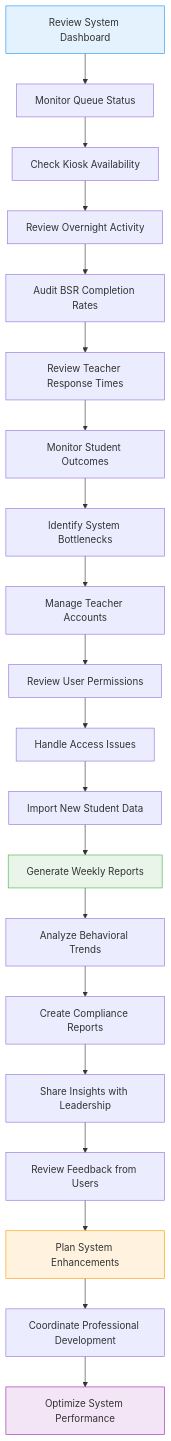
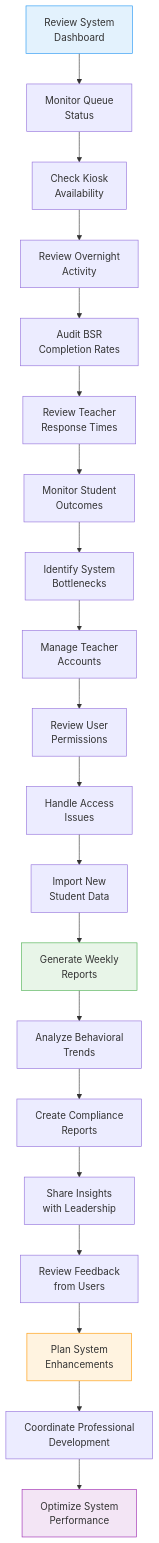
One commit to Splurfa/bx-os changed the first of 6 diagrams in docs/flowcharts/User-Journeys/13-admin-oversight-journey.md. Above: the diagram before and after it, drawn with Mermaid. The commit also changed other lines of this file and 11 other files, not shown here.

Commit message:
Fix flowchart text wrapping

````diff
--- a/docs/flowcharts/User-Journeys/13-admin-oversight-journey.md
+++ b/docs/flowcharts/User-Journeys/13-admin-oversight-journey.md
@@ -7,27 +7,27 @@
 ```mermaid
 flowchart TD
-    A[Review System Dashboard] --> B[Monitor Queue Status]
-    B --> C[Check Kiosk Availability]
-    C --> D[Review Overnight Activity]
-    D --> E[Audit BSR Completion Rates]
-    E --> F[Review Teacher Response Times]
-    F --> G[Monitor Student Outcomes]
-    G --> H[Identify System Bottlenecks]
-    H --> I[Manage Teacher Accounts]
-    I --> J[Review User Permissions]
-    J --> K[Handle Access Issues]
-    K --> L[Import New Student Data]
-    L --> M[Generate Weekly Reports]
-    M --> N[Analyze Behavioral Trends]
-    N --> O[Create Compliance Reports]
-    O --> P[Share Insights with Leadership]
-    P --> Q[Review Feedback from Users]
-    Q --> R[Plan System Enhancements]
-    R --> S[Coordinate Professional Development]
-    S --> T[Optimize System Performance]
+    A[Review System<br/>Dashboard] --> B[Monitor Queue<br/>Status]
+    B --> C[Check Kiosk<br/>Availability]
+    C --> D[Review Overnight<br/>Activity]
+    D --> E[Audit BSR<br/>Completion Rates]
+    E --> F[Review Teacher<br/>Response Times]
+    F --> G[Monitor Student<br/>Outcomes]
+    G --> H[Identify System<br/>Bottlenecks]
+    H --> I[Manage Teacher<br/>Accounts]
+    I --> J[Review User<br/>Permissions]
+    J --> K[Handle Access<br/>Issues]
+    K --> L[Import New<br/>Student Data]
+    L --> M[Generate Weekly<br/>Reports]
+    M --> N[Analyze Behavioral<br/>Trends]
+    N --> O[Create Compliance<br/>Reports]
+    O --> P[Share Insights<br/>with Leadership]
+    P --> Q[Review Feedback<br/>from Users]
+    Q --> R[Plan System<br/>Enhancements]
+    R --> S[Coordinate Professional<br/>Development]
+    S --> T[Optimize System<br/>Performance]
     
     style A fill:#e3f2fd,stroke:#2196f3
     style M fill:#e8f5e8,stroke:#4caf50
     style R fill:#fff3e0,stroke:#ff9800
     style T fill:#f3e5f5,stroke:#9c27b0
 ```
````
